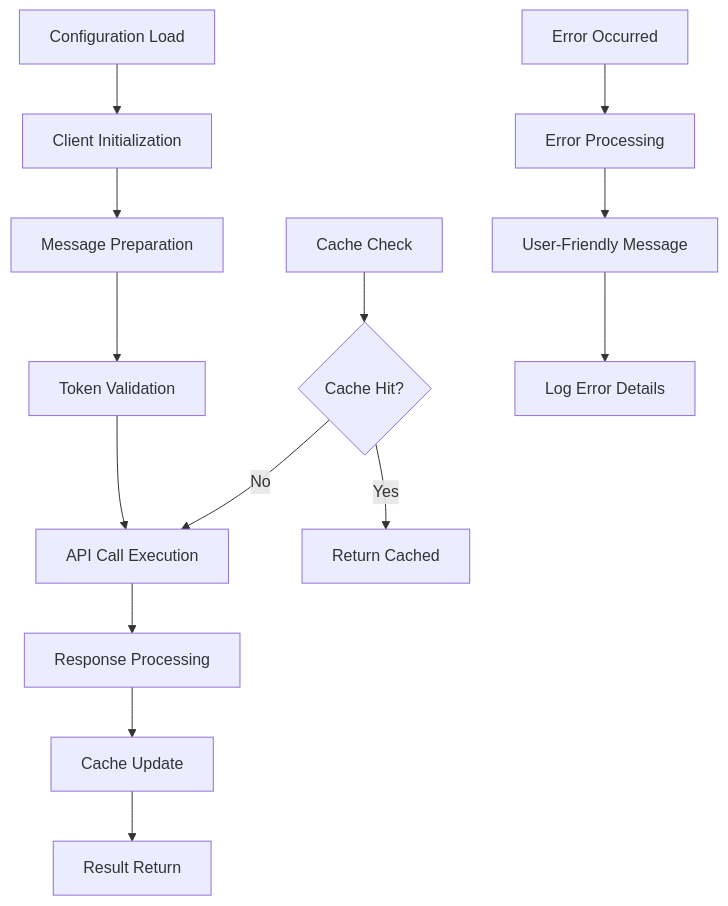
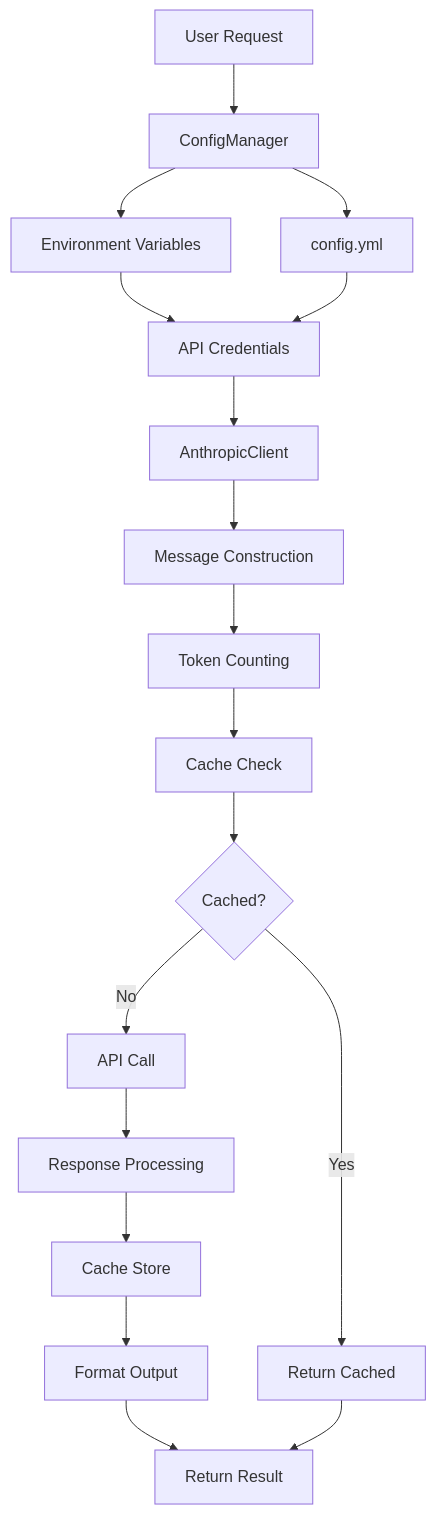
The fourth of 10 diagrams in doc/helper_api.md (nakashima2toshio/anthropic_api_jp), drawn with Mermaid before and after one commit. The commit also changed other lines of this file and 12 other files, not shown here.

````diff
--- a/doc/helper_api.md
+++ b/doc/helper_api.md
@@ -130,18 +144,24 @@
 ```mermaid
 graph TD
-    A["Configuration Load"] --> B["Client Initialization"]
-    B --> C["Message Preparation"]
-    C --> D["Token Validation"]
-    D --> E["API Call Execution"]
-    E --> F["Response Processing"]
-    F --> G["Cache Update"]
-    G --> H["Result Return"]
+    A["User Request"] --> B["ConfigManager"]
+    B --> C["Environment Variables"]
+    B --> D["config.yml"]
     
-    I["Cache Check"] --> J{"Cache Hit?"}
+    C --> E["API Credentials"]
+    D --> E
+    
+    E --> F["AnthropicClient"]
+    F --> G["Message Construction"]
+    G --> H["Token Counting"]
+    H --> I["Cache Check"]
+    
+    I --> J{Cached?}
     J -->|Yes| K["Return Cached"]
-    J -->|No| E
+    J -->|No| L["API Call"]
     
-    L["Error Occurred"] --> M["Error Processing"]
-    M --> N["User-Friendly Message"]
-    N --> O["Log Error Details"]
+    L --> M["Response Processing"]
+    M --> N["Cache Store"]
+    N --> O["Format Output"]
+    O --> P["Return Result"]
+    K --> P
 ```
````
